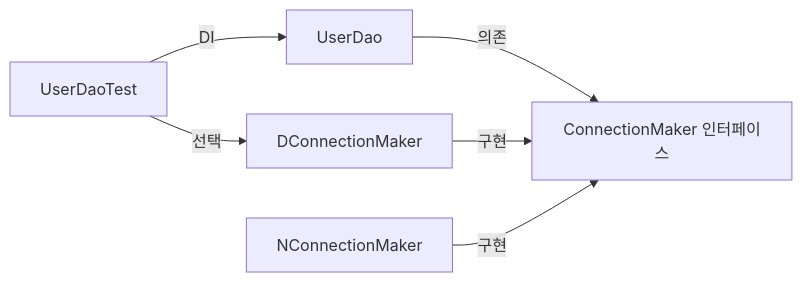
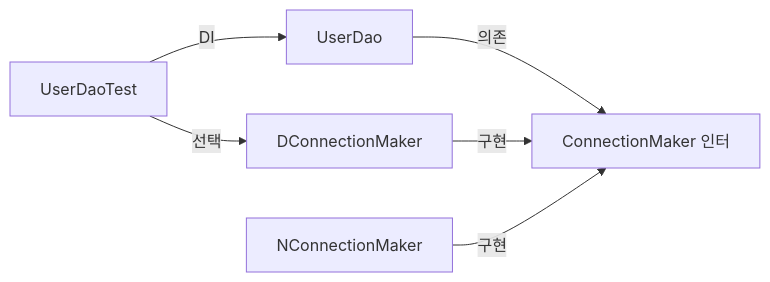
The first of 7 diagrams in _posts/spring/2026-05-02-spring6-principles.md (yjkim2015/yjkim2015.github.io), drawn with Mermaid before and after one commit. The commit also changed other lines of this file and 271 other files, not shown here.

First line of the commit message:
Mermaid 라벨 축소: 긴 노드 텍스트 18자 이하로 트림 + \n 제거

````diff
--- a/_posts/spring/2026-05-02-spring6-principles.md
+++ b/_posts/spring/2026-05-02-spring6-principles.md
@@ -80,8 +80,8 @@
 ```mermaid
 graph LR
-    A[UserDao] -->|"의존"| B["ConnectionMaker 인터페이스"]
+    A[UserDao] -->|"의존"| B["ConnectionMaker 인터"]
     C[DConnectionMaker] -->|"구현"| B
     D[NConnectionMaker] -->|"구현"| B
     E[UserDaoTest] -->|DI| A
     E -->|"선택"| C
 ```
````
